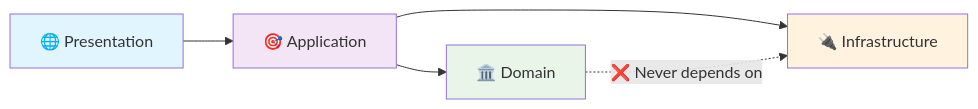
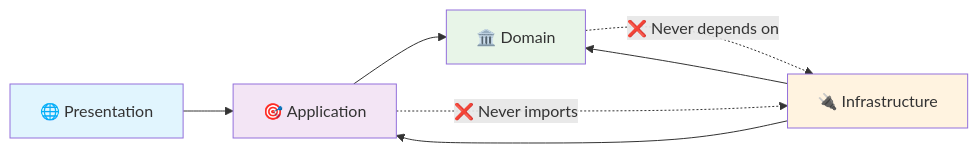
The second of 2 diagrams in README.md (JosephGabito/Roko), drawn with Mermaid before and after one commit. The commit also changed other lines of this file, not shown here.

````diff
--- a/README.md
+++ b/README.md
@@ -72,18 +72,20 @@
 ```mermaid
 graph LR
     PRES[🌐 Presentation] --> APP[🎯 Application]
     APP --> DOM[🏛️ Domain]
-    APP --> INFRA[🔌 Infrastructure]
+    INFRA[🔌 Infrastructure] --> APP
+    INFRA --> DOM
     
     DOM -.->|"❌ Never depends on"| INFRA
+    APP -.->|"❌ Never imports"| INFRA
     
     classDef presentation fill:#e1f5fe
     classDef application fill:#f3e5f5
     classDef domain fill:#e8f5e8
     classDef infrastructure fill:#fff3e0
     
     class PRES presentation
     class APP application
     class DOM domain
     class INFRA infrastructure
 ```
````
